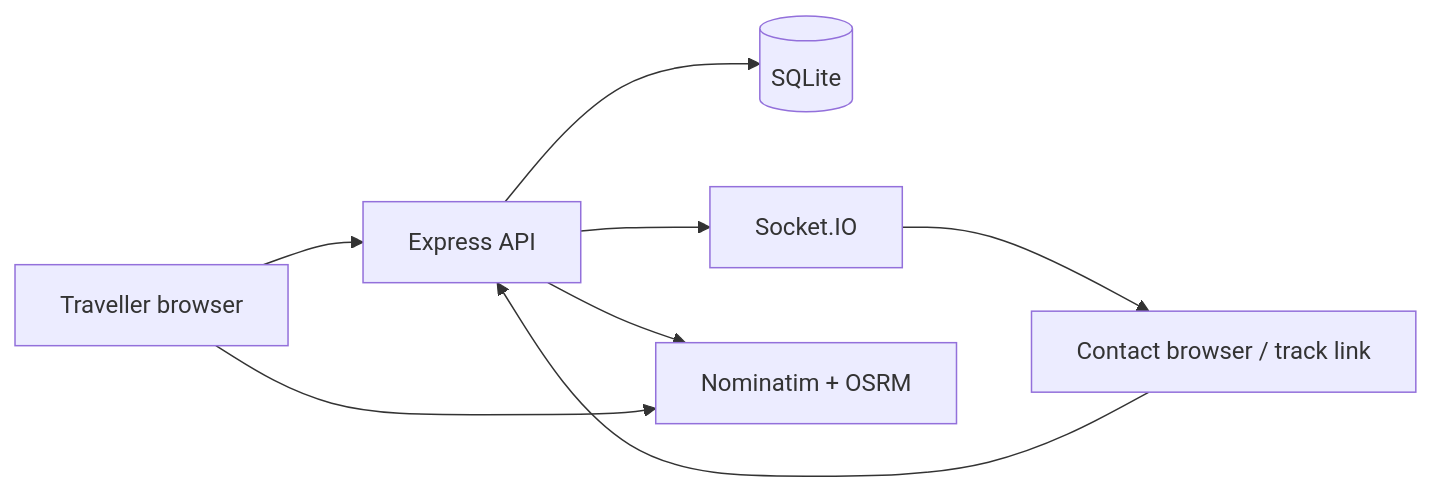
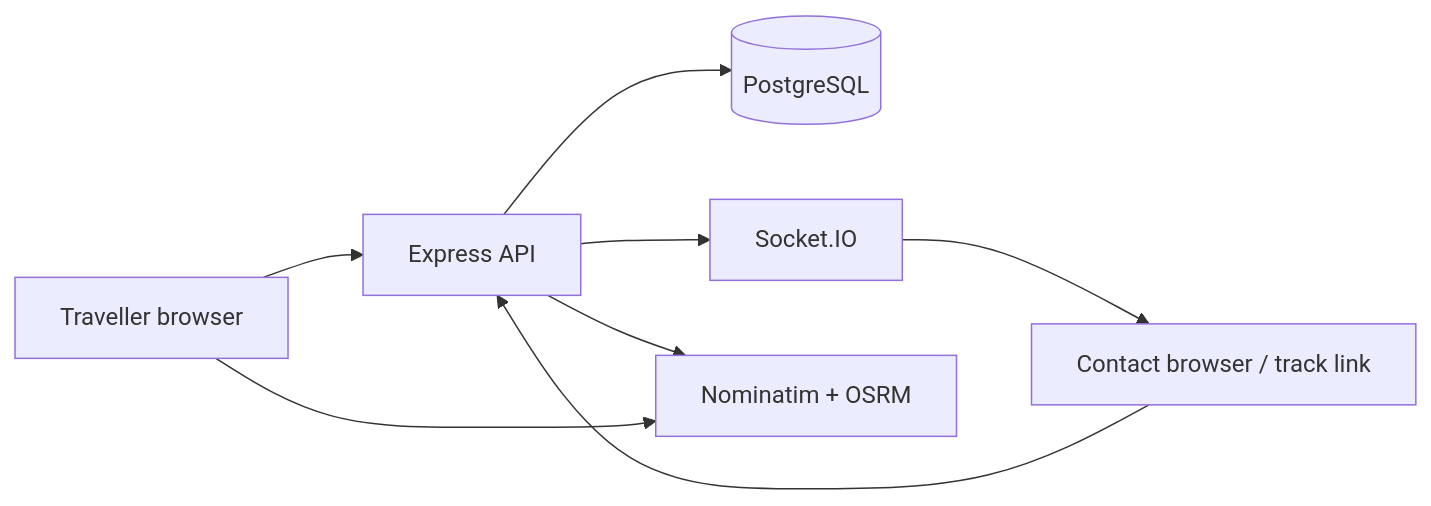
One commit to Kourpreetika/safeTrip changed the first of 2 diagrams in README.md. Above: the diagram before and after it, drawn with Mermaid. The commit also changed other lines of this file and 13 other files, not shown here.

Commit message:
Persist accounts, contacts, and history on PostgreSQL.

````diff
--- a/README.md
+++ b/README.md
@@ -51,10 +51,10 @@
 ```mermaid
 flowchart LR
   Traveller[Traveller browser] --> API[Express API]
   Contact[Contact browser / track link] --> API
-  API --> DB[(SQLite)]
+  API --> DB[(PostgreSQL)]
   API --> IO[Socket.IO]
   IO --> Contact
   API --> OSM[Nominatim + OSRM]
   Traveller --> OSM
 ```
````
